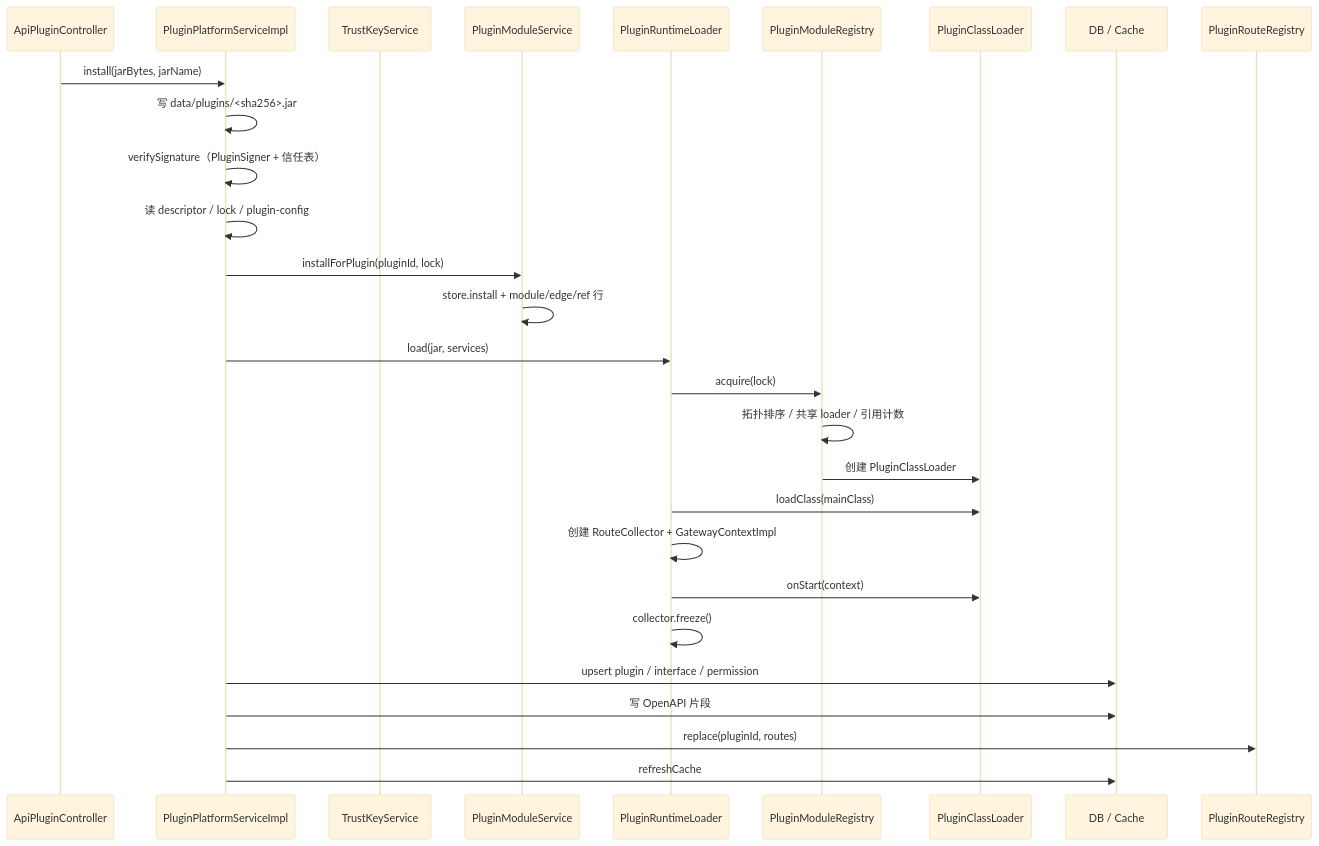
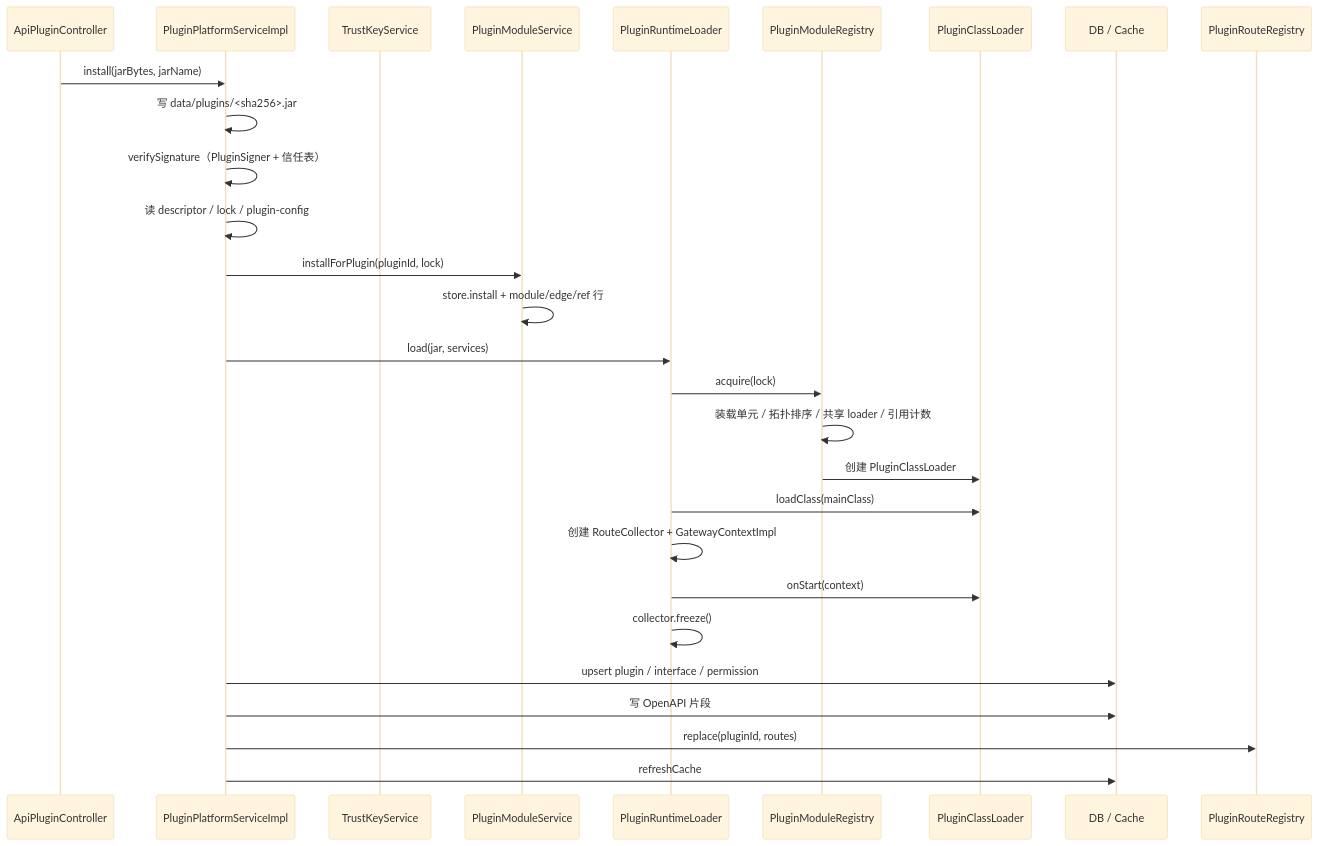
Before and after one commit to FatttSnake/api-management: the fourth of 8 diagrams in docs/plugin-platform_zh.md, drawn with Mermaid (base theme). The commit also changed other lines of this file and 20 other files, not shown here.

````diff
--- a/docs/plugin-platform_zh.md
+++ b/docs/plugin-platform_zh.md
@@ -237,31 +242,31 @@
 ```mermaid
 sequenceDiagram
     participant C as ApiPluginController
     participant S as PluginPlatformServiceImpl
     participant T as TrustKeyService
     participant M as PluginModuleService
     participant R as PluginRuntimeLoader
     participant MR as PluginModuleRegistry
     participant PL as PluginClassLoader
     participant DB as DB / Cache
     participant RR as PluginRouteRegistry
 
     C->>S: install(jarBytes, jarName)
     S->>S: 写 data/plugins/<sha256>.jar
     S->>S: verifySignature（PluginSigner + 信任表）
     S->>S: 读 descriptor / lock / plugin-config
     S->>M: installForPlugin(pluginId, lock)
     M->>M: store.install + module/edge/ref 行
     S->>R: load(jar, services)
     R->>MR: acquire(lock)
-    MR->>MR: 拓扑排序 / 共享 loader / 引用计数
+    MR->>MR: 装载单元 / 拓扑排序 / 共享 loader / 引用计数
     MR->>PL: 创建 PluginClassLoader
     R->>PL: loadClass(mainClass)
     R->>R: 创建 RouteCollector + GatewayContextImpl
     R->>PL: onStart(context)
     R->>R: collector.freeze()
     S->>DB: upsert plugin / interface / permission
     S->>DB: 写 OpenAPI 片段
     S->>RR: replace(pluginId, routes)
     S->>DB: refreshCache
 ```
````
